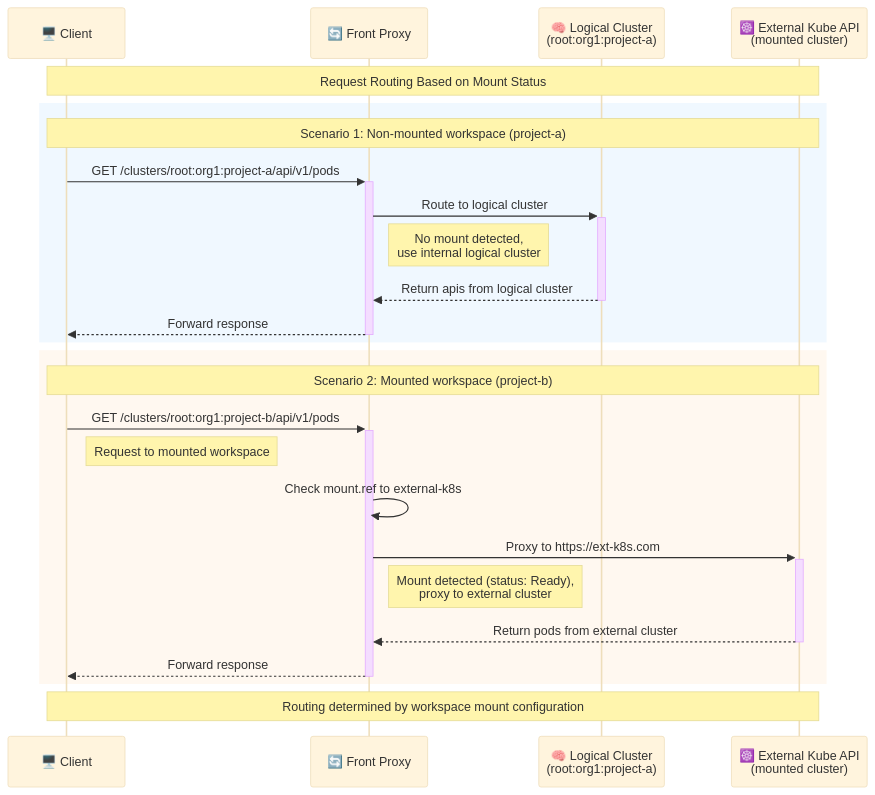
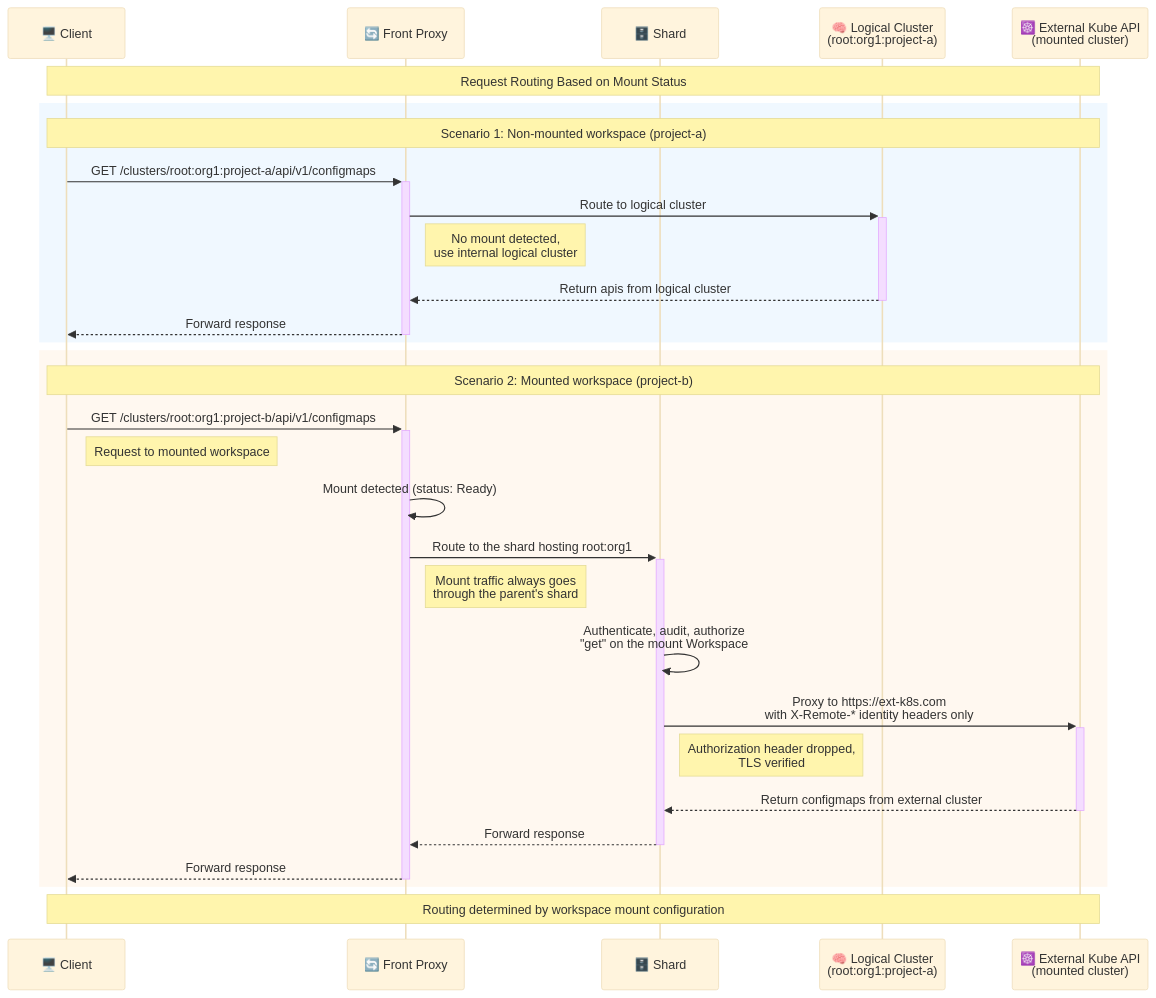
Before and after one commit to kcp-dev/kcp: the diagram in docs/content/concepts/workspaces/mounts.md, drawn with Mermaid (base theme). The commit also changed other lines of this file and 22 other files, not shown here.

````diff
--- a/docs/content/concepts/workspaces/mounts.md
+++ b/docs/content/concepts/workspaces/mounts.md
@@ -19,31 +19,36 @@
 ```mermaid
 sequenceDiagram
       participant C as 🖥️ Client
       participant P as 🔄 Front Proxy
+      participant S as 🗄️ Shard
       participant LC as 🧠 Logical Cluster<br/>(root:org1:project-a)
       participant EK as ☸️ External Kube API<br/>(mounted cluster)
 
       Note over C,EK: Request Routing Based on Mount Status
 
       rect rgb(240, 248, 255)
           Note over C,EK: Scenario 1: Non-mounted workspace (project-a)
-          C->>+P: GET /clusters/root:org1:project-a/api/v1/pods
+          C->>+P: GET /clusters/root:org1:project-a/api/v1/configmaps
           P->>+LC: Route to logical cluster
           Note right of P: No mount detected,<br/>use internal logical cluster
           LC-->>-P: Return apis from logical cluster
           P-->>-C: Forward response
       end
 
       rect rgb(255, 248, 240)
           Note over C,EK: Scenario 2: Mounted workspace (project-b)
-          C->>+P: GET /clusters/root:org1:project-b/api/v1/pods
+          C->>+P: GET /clusters/root:org1:project-b/api/v1/configmaps
           Note right of C: Request to mounted workspace
-          P->>P: Check mount.ref to external-k8s
-          P->>+EK: Proxy to https://ext-k8s.com
-          Note right of P: Mount detected (status: Ready),<br/>proxy to external cluster
-          EK-->>-P: Return pods from external cluster
+          P->>P: Mount detected (status: Ready)
+          P->>+S: Route to the shard hosting root:org1
+          Note right of P: Mount traffic always goes<br/>through the parent's shard
+          S->>S: Authenticate, audit, authorize<br/>"get" on the mount Workspace
+          S->>+EK: Proxy to https://ext-k8s.com<br/>with X-Remote-* identity headers only
+          Note right of S: Authorization header dropped,<br/>TLS verified
+          EK-->>-S: Return configmaps from external cluster
+          S-->>-P: Forward response
           P-->>-C: Forward response
       end
 
       Note over C,EK: Routing determined by workspace mount configuration
 ```
````
